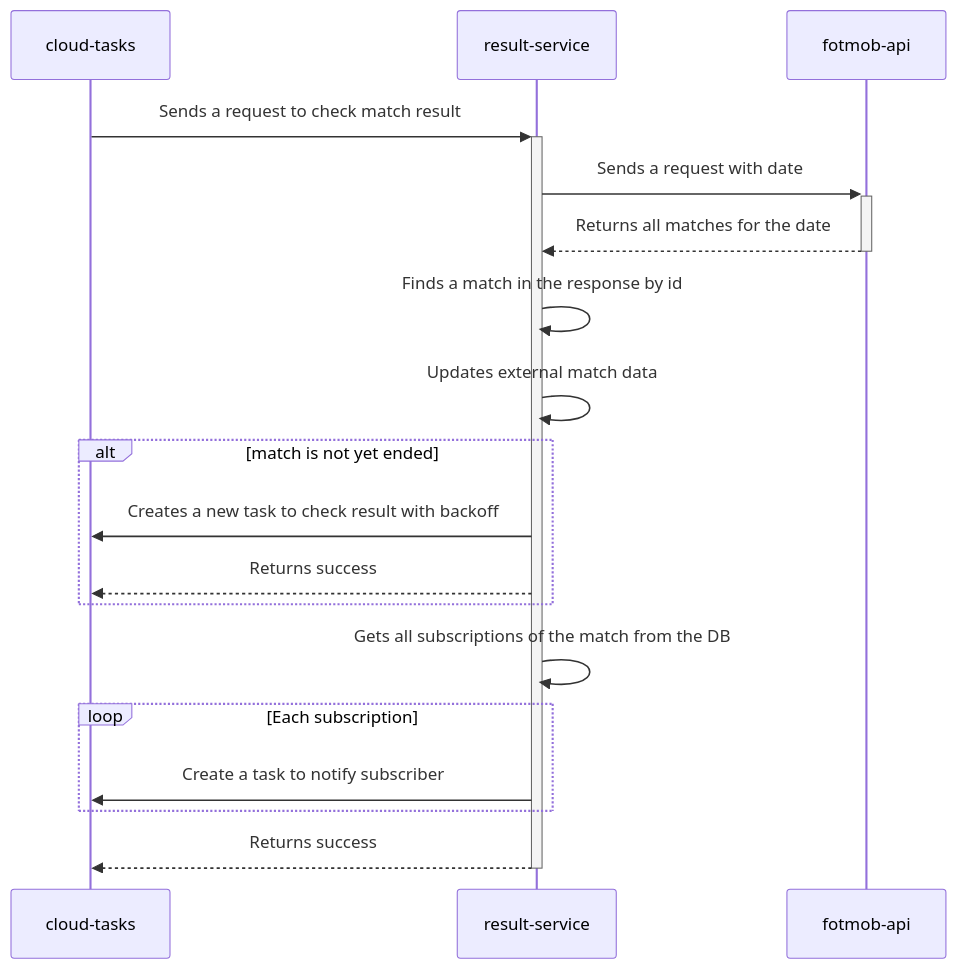
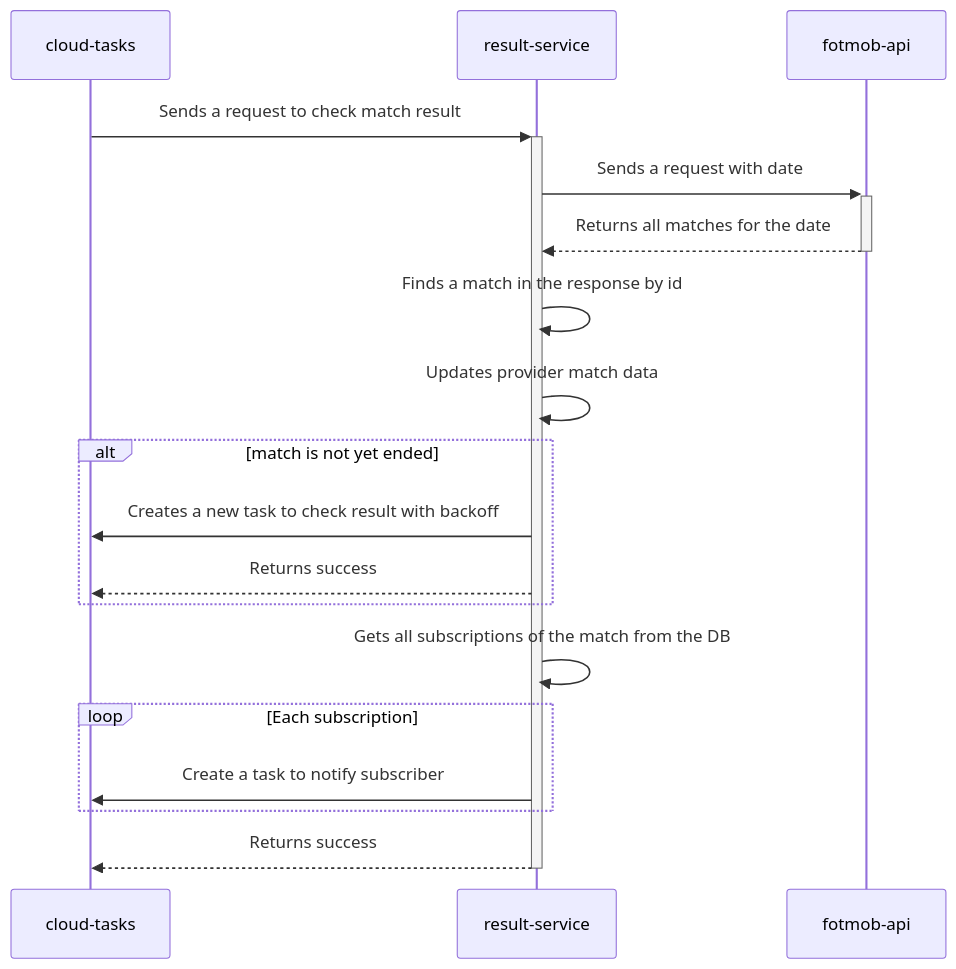
The fifth of 7 diagrams in README.md (andrewshostak/result-service), drawn with Mermaid before and after one commit. The commit also changed other lines of this file and 26 other files, not shown here.

Commit message:
Replace `External*` with `Provider*` across codebase

````diff
--- a/README.md
+++ b/README.md
@@ -176,20 +196,20 @@
 ```mermaid
 sequenceDiagram
     participant CloudTasks as cloud-tasks
     participant ResultService as result-service
     participant Fotmob as fotmob-api
     CloudTasks->>+ResultService: Sends a request to check match result
     ResultService->>+Fotmob: Sends a request with date
     Fotmob-->>-ResultService: Returns all matches for the date
     ResultService->>ResultService: Finds a match in the response by id
-    ResultService->>ResultService: Updates external match data
+    ResultService->>ResultService: Updates provider match data
     alt match is not yet ended
         ResultService->>CloudTasks: Creates a new task to check result with backoff
         ResultService-->>CloudTasks: Returns success
     end
     ResultService->>ResultService: Gets all subscriptions of the match from the DB 
     loop Each subscription
         ResultService->>CloudTasks: Create a task to notify subscriber
     end
     ResultService-->>-CloudTasks: Returns success
 ```
````
